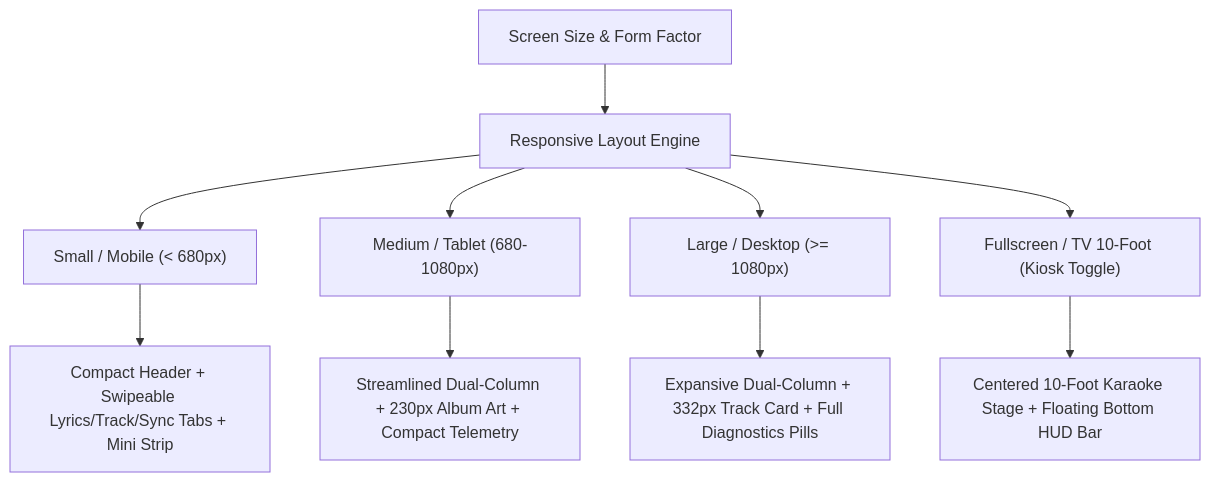
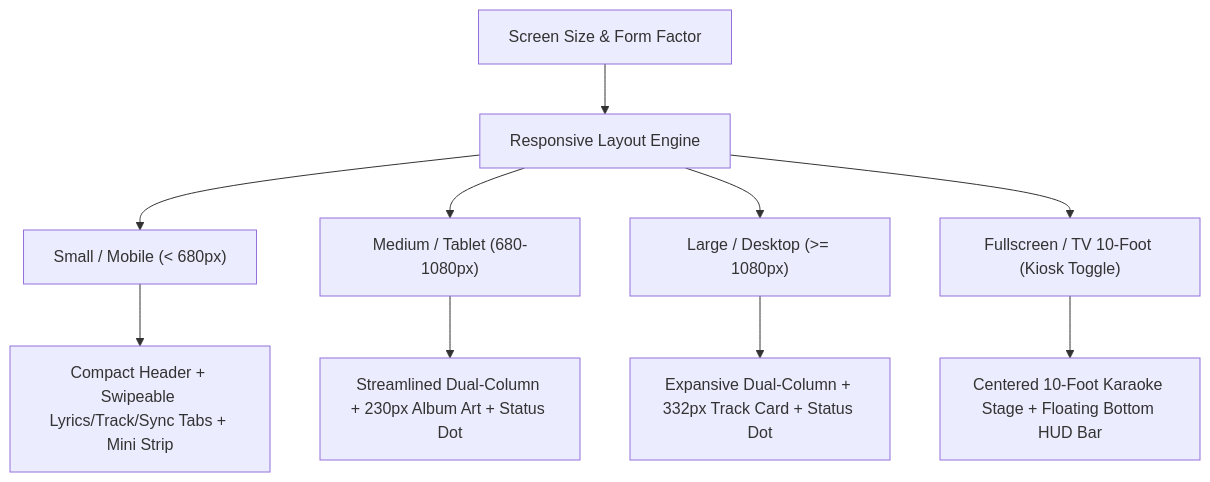
One commit to jav76/Cantus changed the diagram in docs/user-guide/playback-and-display.md. Above: the diagram before and after it, drawn with Mermaid. The commit also changed 2 other files, not shown here.

Commit message:
feat(client): header without a card
The header is now transparent with a bottom hairline and no side padding, so the brand lines up with the sidebar and the actions with the page edge. Also drops the stale diagnostics pill and telemetry wording from the breakpoint diagram.

````diff
--- a/docs/user-guide/playback-and-display.md
+++ b/docs/user-guide/playback-and-display.md
@@ -11,13 +11,13 @@
 ```mermaid
 flowchart TD
     Screen["Screen Size & Form Factor"] --> RLM["Responsive Layout Engine"]
     RLM --> Small["Small / Mobile (< 680px)"]
     RLM --> Medium["Medium / Tablet (680-1080px)"]
     RLM --> Large["Large / Desktop (>= 1080px)"]
     RLM --> TV["Fullscreen / TV 10-Foot (Kiosk Toggle)"]
 
     Small --> S_View["Compact Header + Swipeable Lyrics/Track/Sync Tabs + Mini Strip"]
-    Medium --> M_View["Streamlined Dual-Column + 230px Album Art + Compact Telemetry"]
-    Large --> L_View["Expansive Dual-Column + 332px Track Card + Full Diagnostics Pills"]
+    Medium --> M_View["Streamlined Dual-Column + 230px Album Art + Status Dot"]
+    Large --> L_View["Expansive Dual-Column + 332px Track Card + Status Dot"]
     TV --> TV_View["Centered 10-Foot Karaoke Stage + Floating Bottom HUD Bar"]
 ```
````
